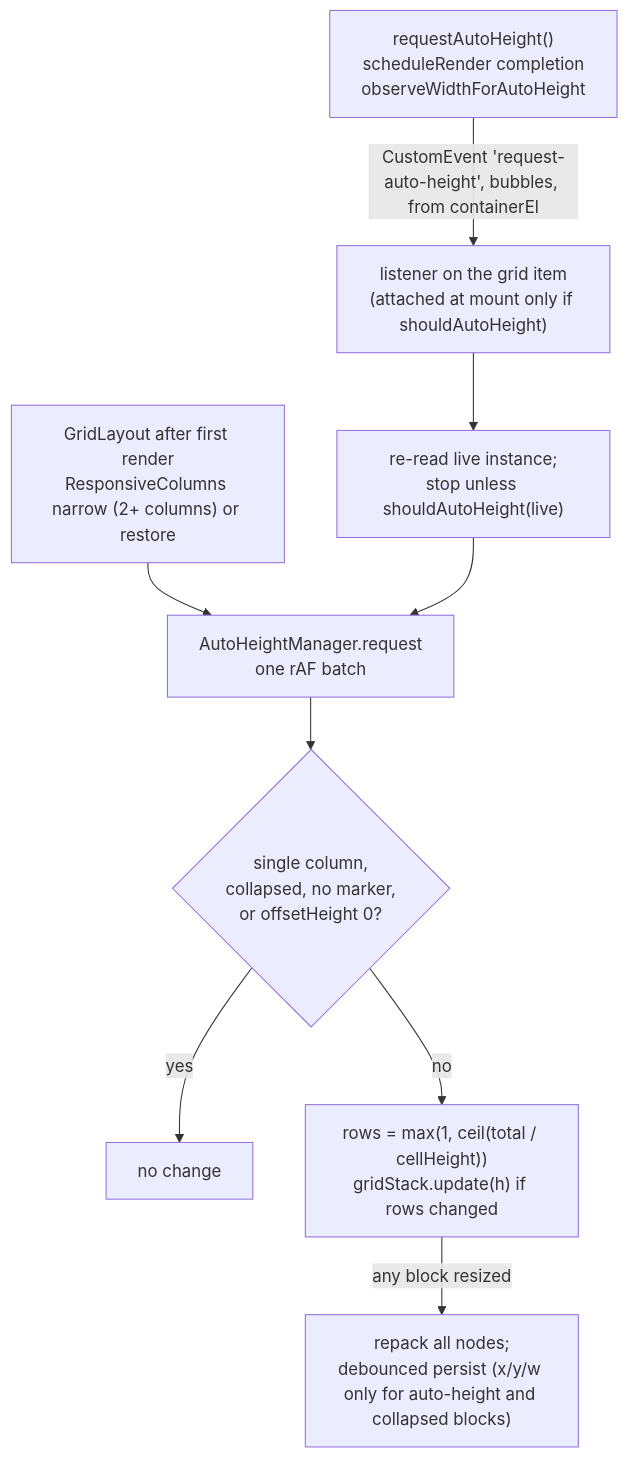
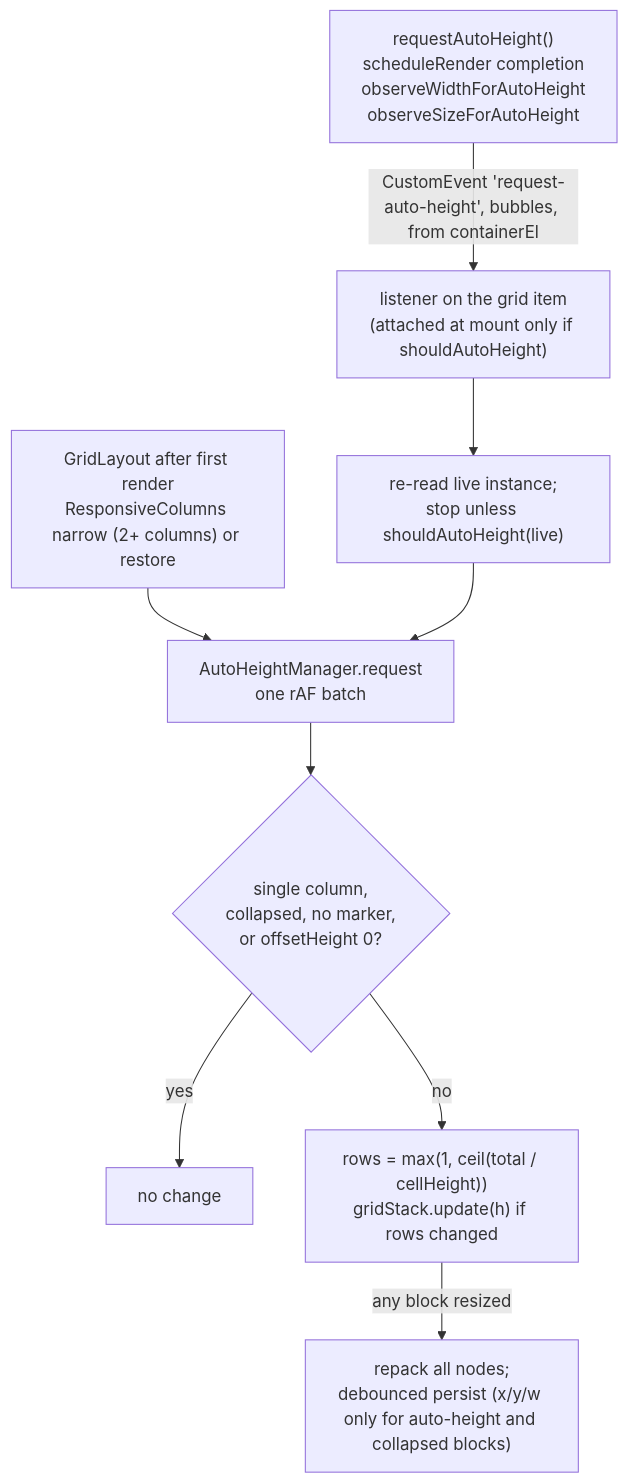
The fourth of 4 diagrams in docs/api/blocks.md (acaprino/obsidian-plugin-homepage), drawn with Mermaid before and after one commit. The commit also changed other lines of this file and 11 other files, not shown here.

````diff
--- a/docs/api/blocks.md
+++ b/docs/api/blocks.md
@@ -289,11 +302,11 @@
 ```mermaid
 flowchart TD
-  A["requestAutoHeight()<br/>scheduleRender completion<br/>observeWidthForAutoHeight"] -->|"CustomEvent 'request-auto-height', bubbles, from containerEl"| L["listener on the grid item<br/>(attached at mount only if shouldAutoHeight)"]
+  A["requestAutoHeight()<br/>scheduleRender completion<br/>observeWidthForAutoHeight<br/>observeSizeForAutoHeight"] -->|"CustomEvent 'request-auto-height', bubbles, from containerEl"| L["listener on the grid item<br/>(attached at mount only if shouldAutoHeight)"]
   L --> R["re-read live instance;<br/>stop unless shouldAutoHeight(live)"]
   M["GridLayout after first render<br/>ResponsiveColumns narrow (2+ columns) or restore"] --> Q
   R --> Q["AutoHeightManager.request<br/>one rAF batch"]
   Q --> X{"single column,<br/>collapsed, no marker,<br/>or offsetHeight 0?"}
   X -->|yes| N["no change"]
   X -->|no| U["rows = max(1, ceil(total / cellHeight))<br/>gridStack.update(h) if rows changed"]
   U -->|"any block resized"| P["repack all nodes;<br/>debounced persist (x/y/w only for auto-height and collapsed blocks)"]
 ```
````
